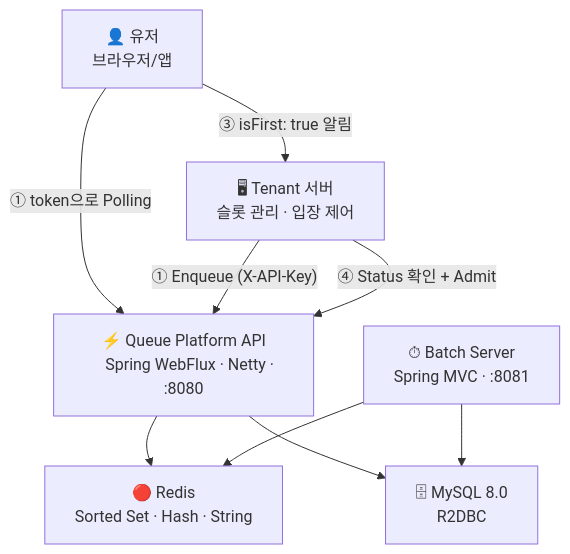
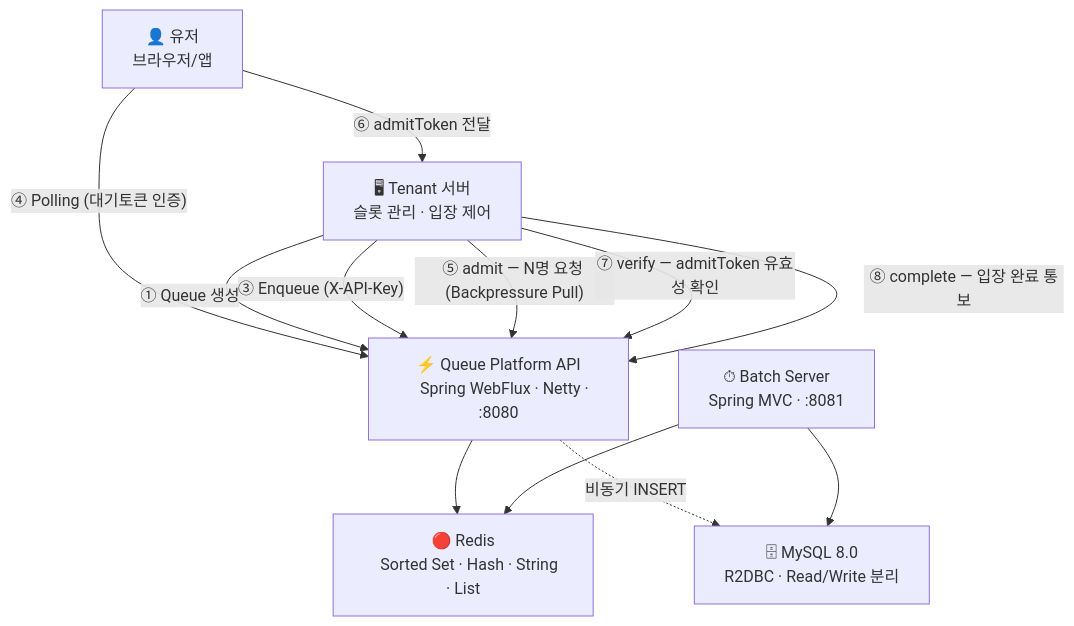
One commit to S-Onix/queue-platform changed the first of 4 diagrams in README.md. Above: the diagram before and after it, drawn with Mermaid. The commit also changed other lines of this file and 4 other files, not shown here.

````diff
--- a/README.md
+++ b/README.md
@@ -81,23 +86,27 @@
 ```mermaid
 flowchart TD
-    User["👤 유저\n브라우저/앱"]
+    User["👤 유저
+    브라우저/앱"]
     Tenant["🖥 Tenant 서버
     슬롯 관리 · 입장 제어"]
     API["⚡ Queue Platform API
     Spring WebFlux · Netty · :8080"]
     Batch["⏱ Batch Server
     Spring MVC · :8081"]
     Redis["🔴 Redis
-    Sorted Set · Hash · String"]
+    Sorted Set · Hash · String · List"]
     MySQL["🗄 MySQL 8.0
-    R2DBC"]
+    R2DBC · Read/Write 분리"]
 
-    User -->|"① token으로 Polling"| API
-    User -->|"③ isFirst: true 알림"| Tenant
-    Tenant -->|"① Enqueue (X-API-Key)"| API
-    Tenant -->|"④ Status 확인 + Admit"| API
+    User -->|"④ Polling (대기토큰 인증)"| API
+    User -->|"⑥ admitToken 전달"| Tenant
+    Tenant -->|"① Queue 생성"| API
+    Tenant -->|"③ Enqueue (X-API-Key)"| API
+    Tenant -->|"⑤ admit — N명 요청 (Backpressure Pull)"| API
+    Tenant -->|"⑦ verify — admitToken 유효성 확인"| API
+    Tenant -->|"⑧ complete — 입장 완료 통보"| API
     API --> Redis
-    API --> MySQL
+    API -.->|"비동기 INSERT"| MySQL
     Batch --> Redis
     Batch --> MySQL
 ```
````
